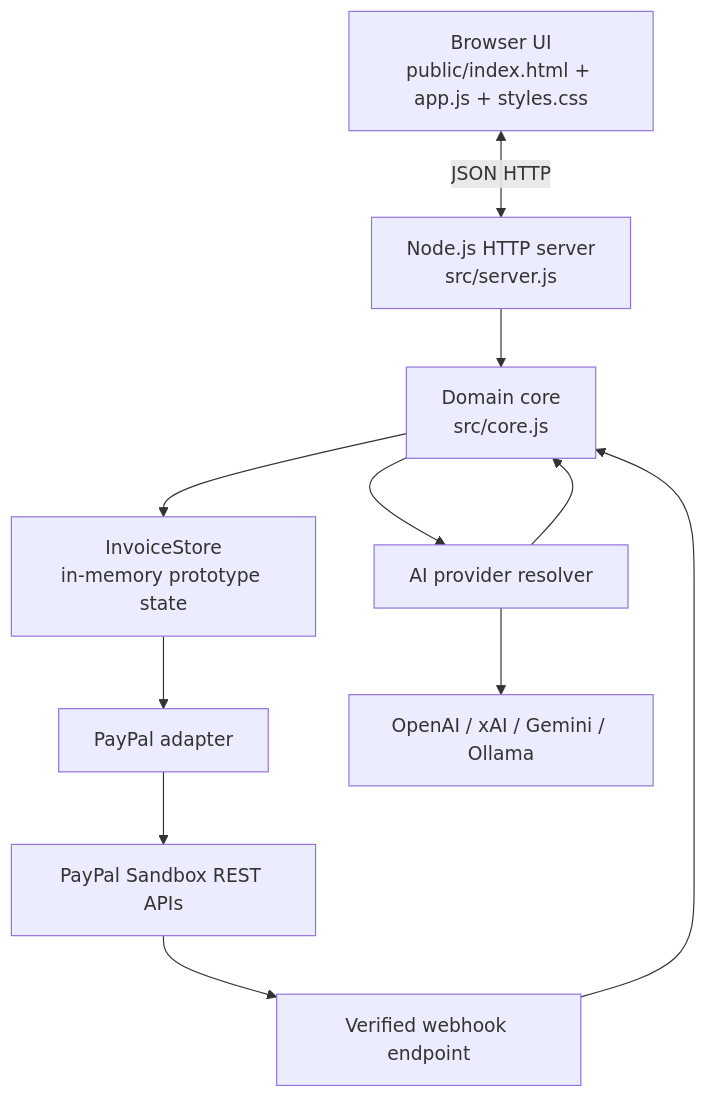
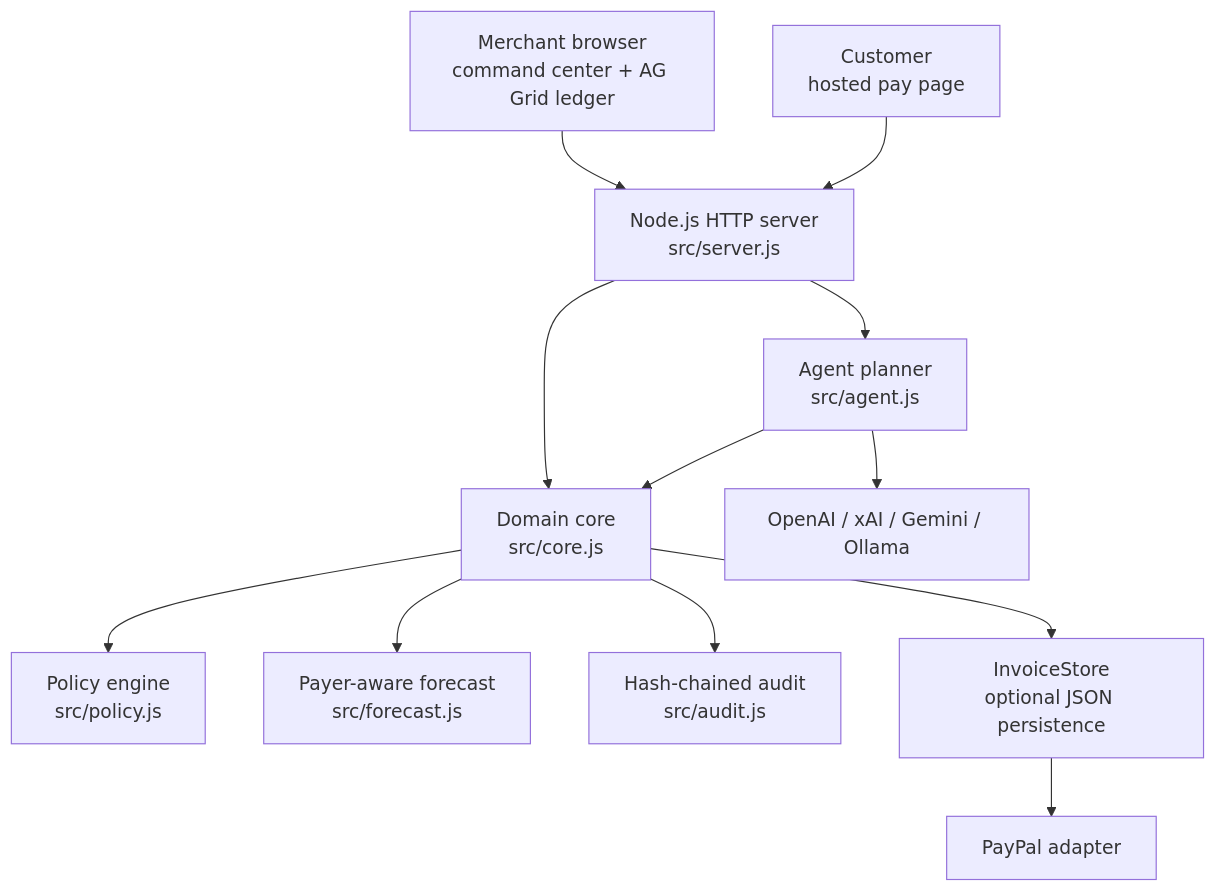
One commit to sidg2hp/paypal changed the first of 5 diagrams in docs/ARCHITECTURE.md. Above: the diagram before and after it, drawn with Mermaid. The commit also changed other lines of this file and 69 other files, not shown here.

````diff
--- a/docs/ARCHITECTURE.md
+++ b/docs/ARCHITECTURE.md
@@ -7,23 +7,26 @@
 ```mermaid
 flowchart TB
-    browser[Browser UI<br/>public/index.html + app.js + styles.css]
+    browser[Merchant browser<br/>command center + AG Grid ledger]
+    paypage[Customer<br/>hosted pay page]
     server[Node.js HTTP server<br/>src/server.js]
-    domain[Domain core<br/>src/core.js]
-    ai[AI provider resolver]
-    invoices[InvoiceStore<br/>in-memory prototype state]
+    core[Domain core<br/>src/core.js]
+    agent[Agent planner<br/>src/agent.js]
+    policy[Policy engine<br/>src/policy.js]
+    forecast[Payer-aware forecast<br/>src/forecast.js]
+    audit[Hash-chained audit<br/>src/audit.js]
+    store[InvoiceStore<br/>optional JSON persistence]
     paypal[PayPal adapter]
     provider[OpenAI / xAI / Gemini / Ollama]
-    sandbox[PayPal Sandbox REST APIs]
-    webhook[Verified webhook endpoint]
 
-    browser <-->|JSON HTTP| server
-    server --> domain
-    domain --> ai
-    ai --> provider
-    ai --> domain
-    domain --> invoices
-    invoices --> paypal
-    paypal --> sandbox
-    sandbox --> webhook
-    webhook --> domain
+    browser --> server
+    paypage --> server
+    server --> core
+    server --> agent
+    agent --> core
+    agent --> provider
+    core --> policy
+    core --> forecast
+    core --> audit
+    core --> store
+    store --> paypal
 ```
````
